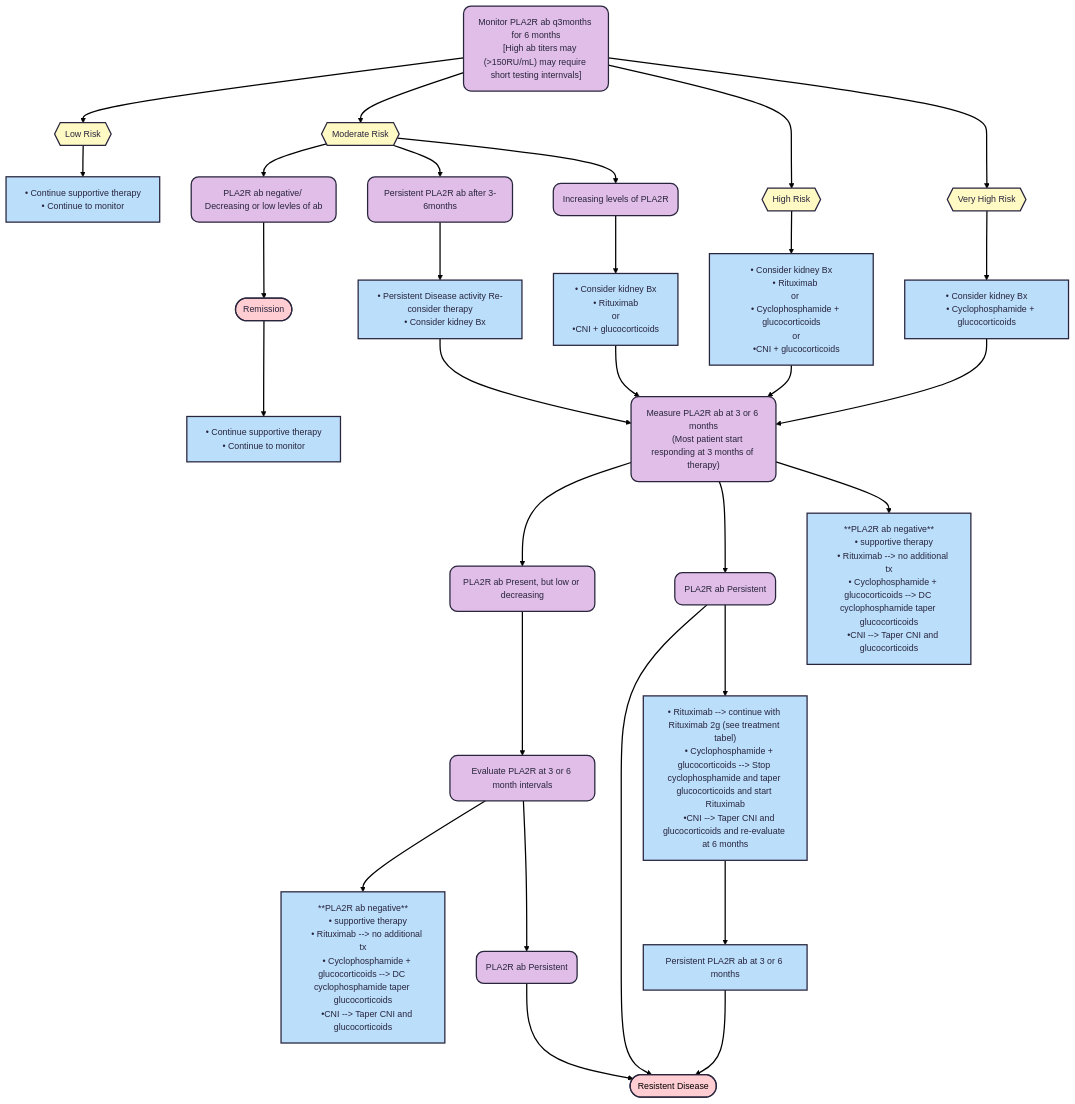
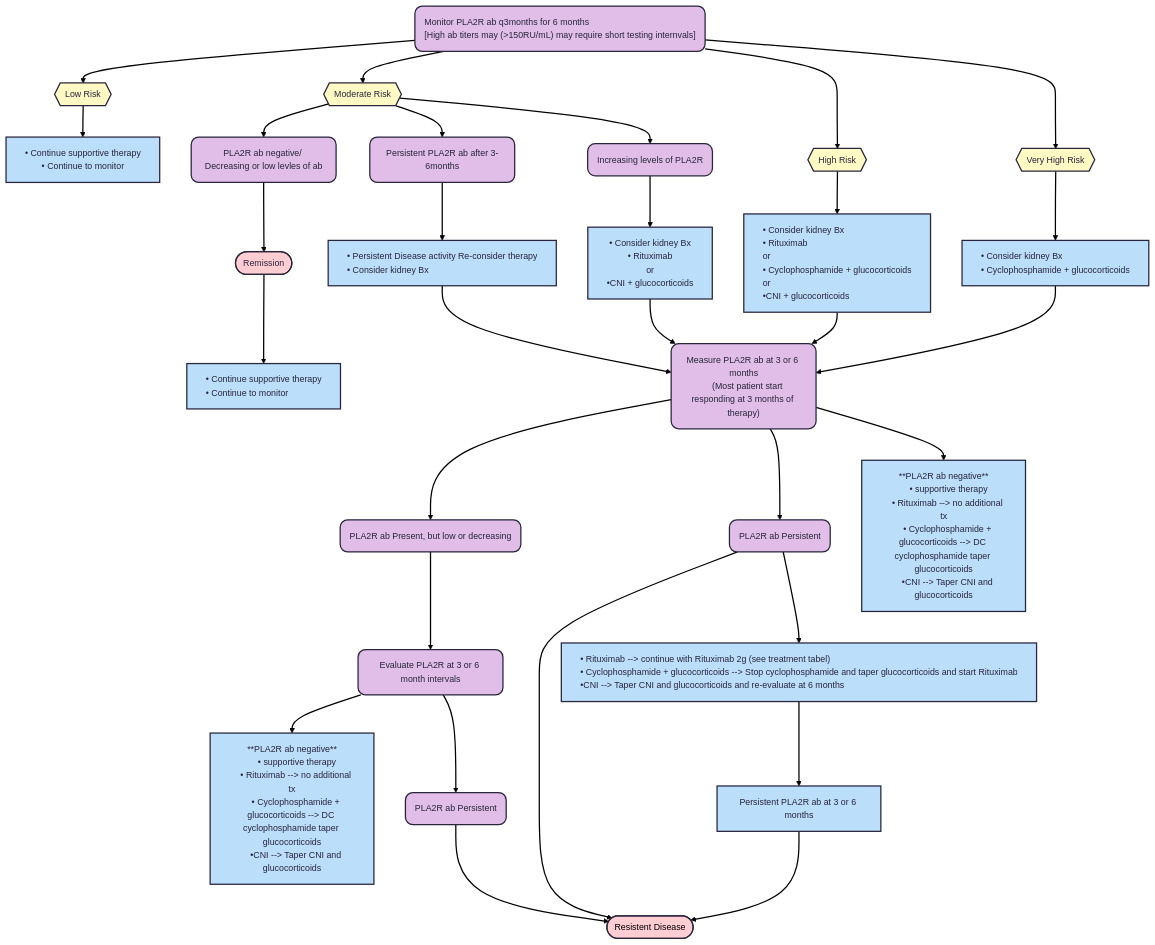
One commit to TTUNEPH2025/GN changed the third of 4 diagrams in docs/Membranous.md. Above: the diagram before and after it, drawn with Mermaid. The commit also changed other lines of this file, not shown here.

````diff
--- a/docs/Membranous.md
+++ b/docs/Membranous.md
@@ -266,7 +266,7 @@
     n27@{ shape: rounded}
     n29@{ shape: rounded}
     n31@{ shape: rounded}
-    style n9 fill:#E1BEE7
+    style n9 fill:#E1BEE7,text-align:left,white-space:nowrap
     style n10 fill:#FFF9C4
     style n11 fill:#FFF9C4
     style n12 fill:#FFF9C4
@@ -274,21 +274,21 @@
     style n15 fill:#E1BEE7
     style n16 fill:#E1BEE7
     style n17 fill:#E1BEE7
-    style n18 fill:#BBDEFB
-    style n19 fill:#BBDEFB
+    style n18 fill:#BBDEFB,text-align:left,white-space:nowrap
+    style n19 fill:#BBDEFB,text-align:left,white-space:nowrap
     style n20 fill:#BBDEFB
     style n21 fill:#FFCDD2
-    style n22 fill:#BBDEFB
-    style n23 fill:#BBDEFB
+    style n22 fill:#BBDEFB,text-align:left,white-space:nowrap
+    style n23 fill:#BBDEFB,text-align:left,white-space:nowrap
     style n24 fill:#E1BEE7
-    style n26 fill:#E1BEE7
+    style n26 fill:#E1BEE7,text-align:left,white-space:nowrap
     style n27 fill:#E1BEE7
     style n28 fill:#BBDEFB
     style n29 fill:#E1BEE7
     style n30 fill:#BBDEFB
     style n31 fill:#E1BEE7
-    style n32 color:#000000,fill:#FFCDD2
-    style n73 fill:#BBDEFB
+    style n32 color:#000000,fill:#FFCDD2,text-align:left,white-space:nowrap
+    style n73 fill:#BBDEFB,text-align:left,white-space:nowrap
     style n74 fill:#BBDEFB
     style n75 fill:#BBDEFB
 ```
````
